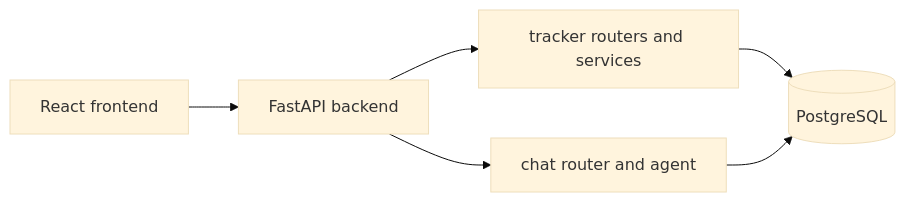
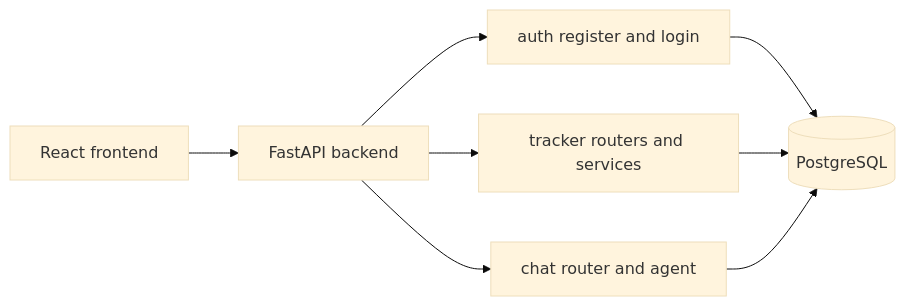
One commit to reddybharat/parsel changed the diagram in ARCHITECTURE.md. Above: the diagram before and after it, drawn with Mermaid (base theme). The commit also changed other lines of this file and 36 other files, not shown here.

````diff
--- a/ARCHITECTURE.md
+++ b/ARCHITECTURE.md
@@ -29,8 +32,10 @@
 ```mermaid
 flowchart LR
   FE[React frontend] --> API[FastAPI backend]
+  API --> Auth[auth register and login]
   API --> Tracker[tracker routers and services]
   API --> Chat[chat router and agent]
-  Tracker --> DB[(PostgreSQL)]
+  Auth --> DB[(PostgreSQL)]
+  Tracker --> DB
   Chat --> DB
 ```
````
